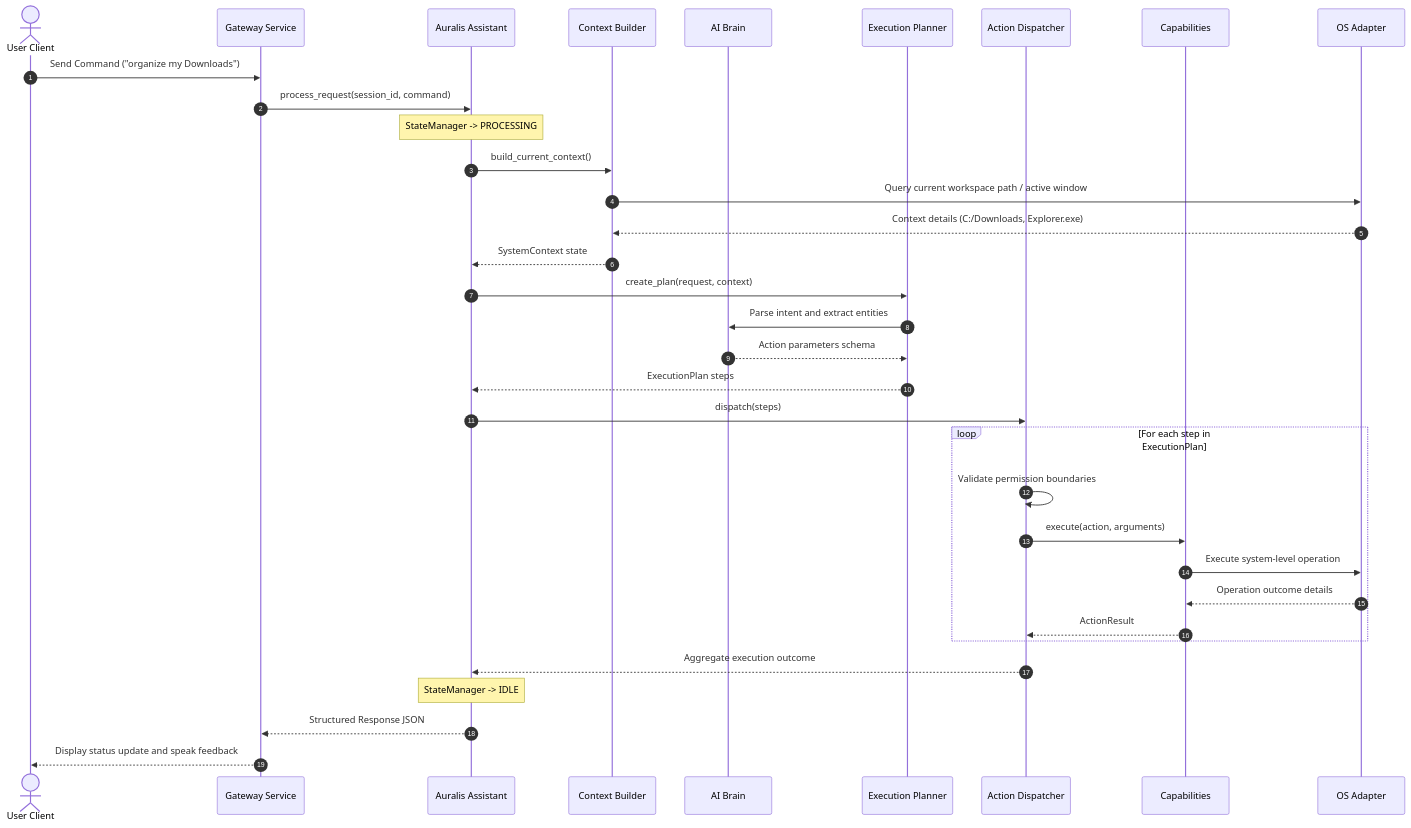
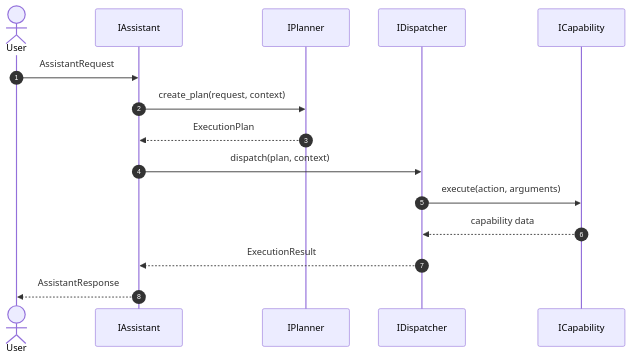
Before and after one commit to Vish-0806/Auralis-voice-file-manager: the diagram in backend/core/README.md, drawn with Mermaid. The commit also changed other lines of this file and 4 other files, not shown here.

````diff
--- a/backend/core/README.md
+++ b/backend/core/README.md
@@ -16,41 +56,18 @@
 ```mermaid
 sequenceDiagram
-    autonumber
-    actor User as User Client
-    participant Service as Gateway Service
-    participant Assistant as Auralis Assistant
-    participant Context as Context Builder
-    participant Brain as AI Brain
-    participant Planner as Execution Planner
-    participant Dispatcher as Action Dispatcher
-    participant Cap as Capabilities
-    participant OS as OS Adapter
+        autonumber
+        actor User as User
+        participant Assistant as IAssistant
+        participant Planner as IPlanner
+        participant Dispatcher as IDispatcher
+        participant Capability as ICapability
 
-    User->>Service: Send Command ("organize my Downloads")
-    Service->>Assistant: process_request(session_id, command)
-    
-    Note over Assistant: StateManager -> PROCESSING
-    Assistant->>Context: build_current_context()
-    Context->>OS: Query current workspace path / active window
-    OS-->>Context: Context details (C:/Downloads, Explorer.exe)
-    Context-->>Assistant: SystemContext state
-    
-    Assistant->>Planner: create_plan(request, context)
-    Planner->>Brain: Parse intent and extract entities
-    Brain-->>Planner: Action parameters schema
-    Planner-->>Assistant: ExecutionPlan steps
-    
-    Assistant->>Dispatcher: dispatch(steps)
-    loop For each step in ExecutionPlan
-        Dispatcher->>Dispatcher: Validate permission boundaries
-        Dispatcher->>Cap: execute(action, arguments)
-        Cap->>OS: Execute system-level operation
-        OS-->>Cap: Operation outcome details
-        Cap-->>Dispatcher: ActionResult
-    end
-    
-    Dispatcher-->>Assistant: Aggregate execution outcome
-    Note over Assistant: StateManager -> IDLE
-    Assistant-->>Service: Structured Response JSON
-    Service-->>User: Display status update and speak feedback
+        User->>Assistant: AssistantRequest
+        Assistant->>Planner: create_plan(request, context)
+        Planner-->>Assistant: ExecutionPlan
+        Assistant->>Dispatcher: dispatch(plan, context)
+        Dispatcher->>Capability: execute(action, arguments)
+        Capability-->>Dispatcher: capability data
+        Dispatcher-->>Assistant: ExecutionResult
+        Assistant-->>User: AssistantResponse
 ```
````
